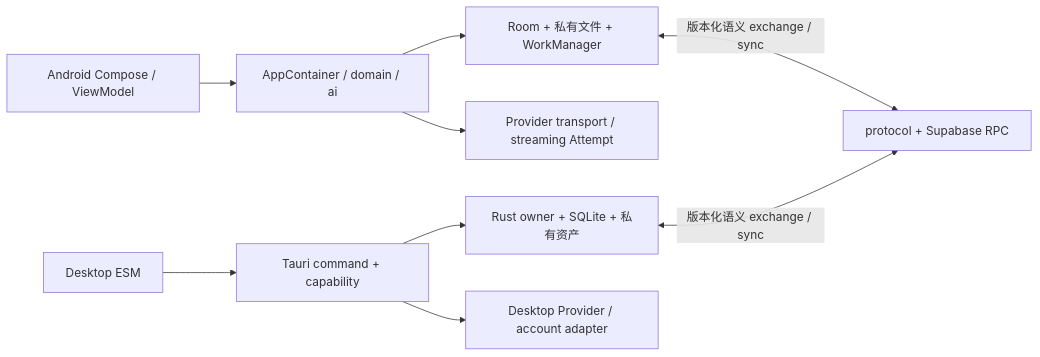
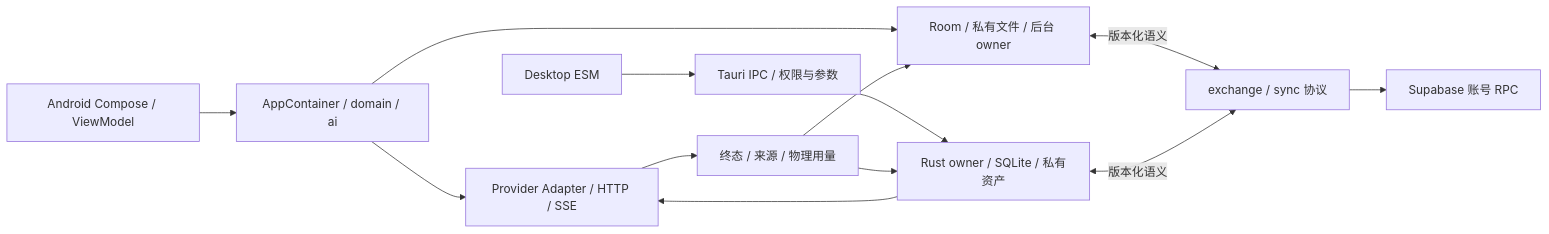
The diagram in docs/南枫AI完整开发档案.md (nanzhufeng/Nanfeng-AI), drawn with Mermaid before and after one commit. The commit also changed other lines of this file and 650 other files, not shown here.

````diff
--- a/docs/南枫AI完整开发档案.md
+++ b/docs/南枫AI完整开发档案.md
@@ -39,11 +67,15 @@
 ```mermaid
 flowchart LR
   A[Android Compose / ViewModel] --> B[AppContainer / domain / ai]
-  B --> C[Room + 私有文件 + WorkManager]
-  B --> D[Provider transport / streaming Attempt]
-  E[Desktop ESM] --> F[Tauri command + capability]
-  F --> G[Rust owner + SQLite + 私有资产]
-  F --> H[Desktop Provider / account adapter]
-  C <-->|版本化语义 exchange / sync| I[protocol + Supabase RPC]
-  G <-->|版本化语义 exchange / sync| I
+  B --> C[Room / 私有文件 / 后台 owner]
+  B --> P[Provider Adapter / HTTP / SSE]
+  D[Desktop ESM] --> E[Tauri IPC / 权限与参数]
+  E --> F[Rust owner / SQLite / 私有资产]
+  F --> P
+  C <-->|版本化语义| X[exchange / sync 协议]
+  F <-->|版本化语义| X
+  X --> S[Supabase 账号 RPC]
+  P --> R[终态 / 来源 / 物理用量]
+  R --> C
+  R --> F
 ```
````
